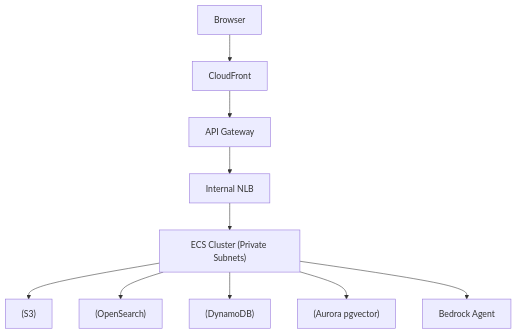
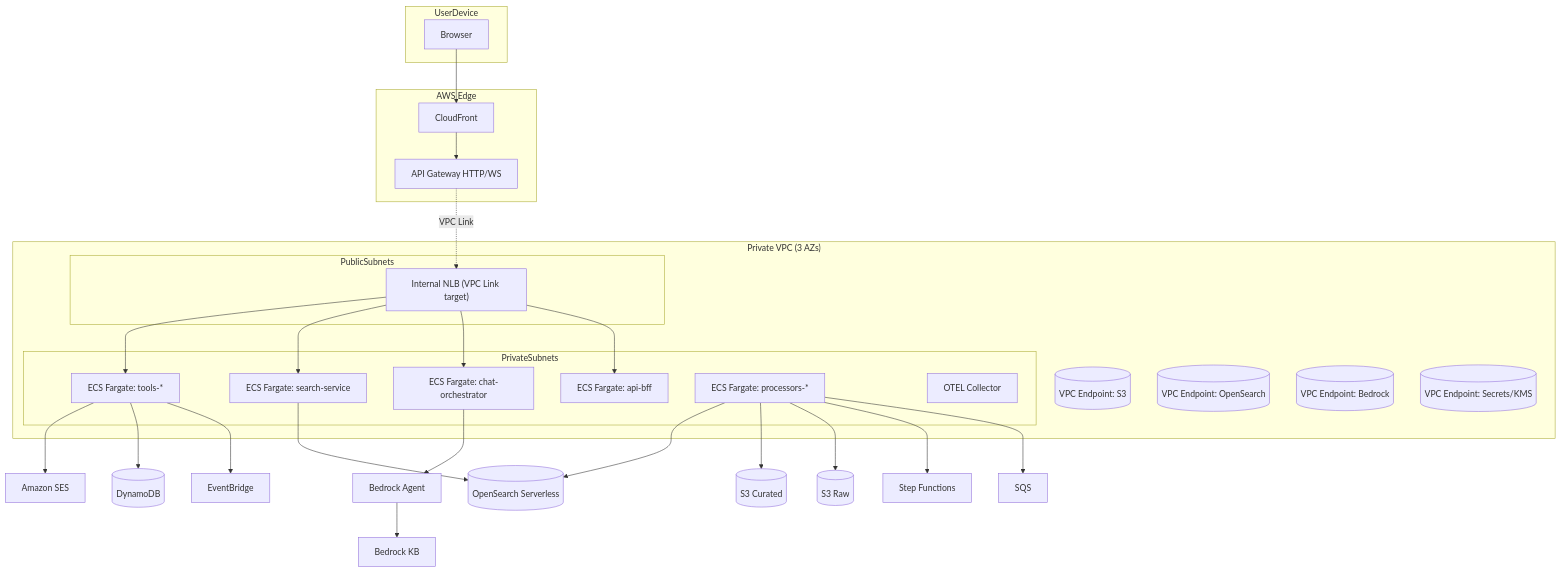
Before and after one commit to fpresta0607/Jarvis: the eighth of 9 diagrams in README.md, drawn with Mermaid. The commit also changed other lines of this file, not shown here.

Commit message:
Refactor architecture diagram in README for improved clarity and detail in ingestion pipeline and service interactions

````diff
--- a/README.md
+++ b/README.md
@@ -223,12 +335,57 @@
 ```mermaid
 graph TB
-  Browser --> CF["CloudFront"]
-  CF --> APIGW["API Gateway"]
-  APIGW --> NLB["Internal NLB"]
-  NLB --> ECS["ECS Cluster (Private Subnets)"]
-  ECS --> S3["(S3)"]
-  ECS --> OS["(OpenSearch)"]
-  ECS --> DDB["(DynamoDB)"]
-  ECS --> AUR["(Aurora pgvector)"]
-  ECS --> BR["Bedrock Agent"]
+  subgraph UserDevice
+    Browser["Browser"]
+  end
+
+  subgraph AWS_Edge["AWS Edge"]
+    CF["CloudFront"]
+    APIGW["API Gateway HTTP/WS"]
+  end
+
+  Browser --> CF --> APIGW
+
+  subgraph VPC["Private VPC (3 AZs)"]
+    subgraph PublicSubnets
+      NLB["Internal NLB (VPC Link target)"]
+    end
+    subgraph PrivateSubnets
+      ECS1["ECS Fargate: api-bff"]
+      ECS2["ECS Fargate: chat-orchestrator"]
+      ECS3["ECS Fargate: search-service"]
+      ECS4["ECS Fargate: tools-*"]
+      ECS5["ECS Fargate: processors-*"]
+      OTEL["OTEL Collector"]
+    end
+    VPCE1[("VPC Endpoint: S3")]
+    VPCE2[("VPC Endpoint: OpenSearch")]
+    VPCE3[("VPC Endpoint: Bedrock")]
+    VPCE4[("VPC Endpoint: Secrets/KMS")]
+  end
+
+  APIGW -."VPC Link".-> NLB
+  NLB --> ECS1 & ECS2 & ECS3 & ECS4
+
+  S3R[("S3 Raw")]
+  S3C[("S3 Curated")]
+  OS[("OpenSearch Serverless")]
+  DDB[("DynamoDB")]
+  SES["Amazon SES"]
+  SFN["Step Functions"]
+  SQS["SQS"]
+  EVB["EventBridge"]
+  Agent["Bedrock Agent"]
+  KB["Bedrock KB"]
+
+  ECS5 --> SQS
+  ECS5 --> SFN
+  ECS4 --> EVB
+  ECS4 --> DDB
+  ECS4 --> SES
+  ECS2 --> Agent
+  Agent --> KB
+  ECS3 --> OS
+  ECS5 --> S3R
+  ECS5 --> S3C
+  ECS5 --> OS
 ```
````
